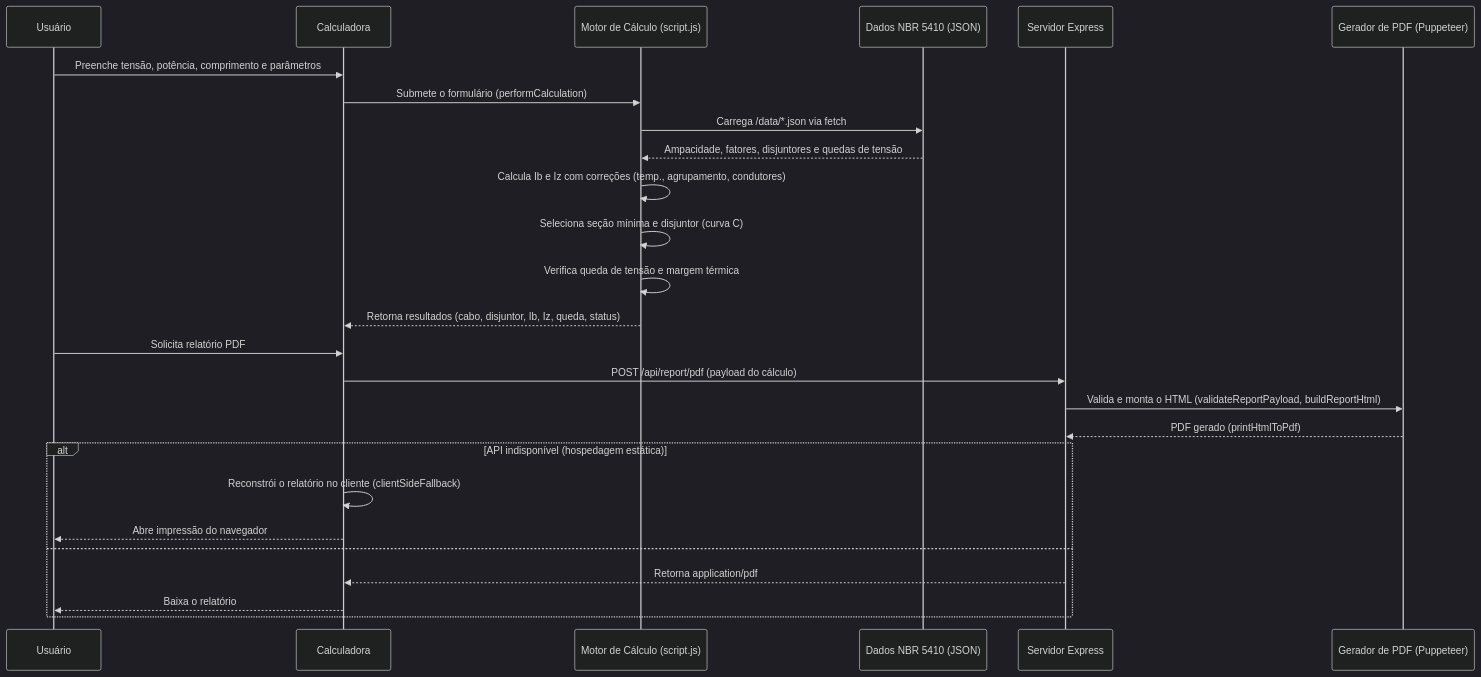
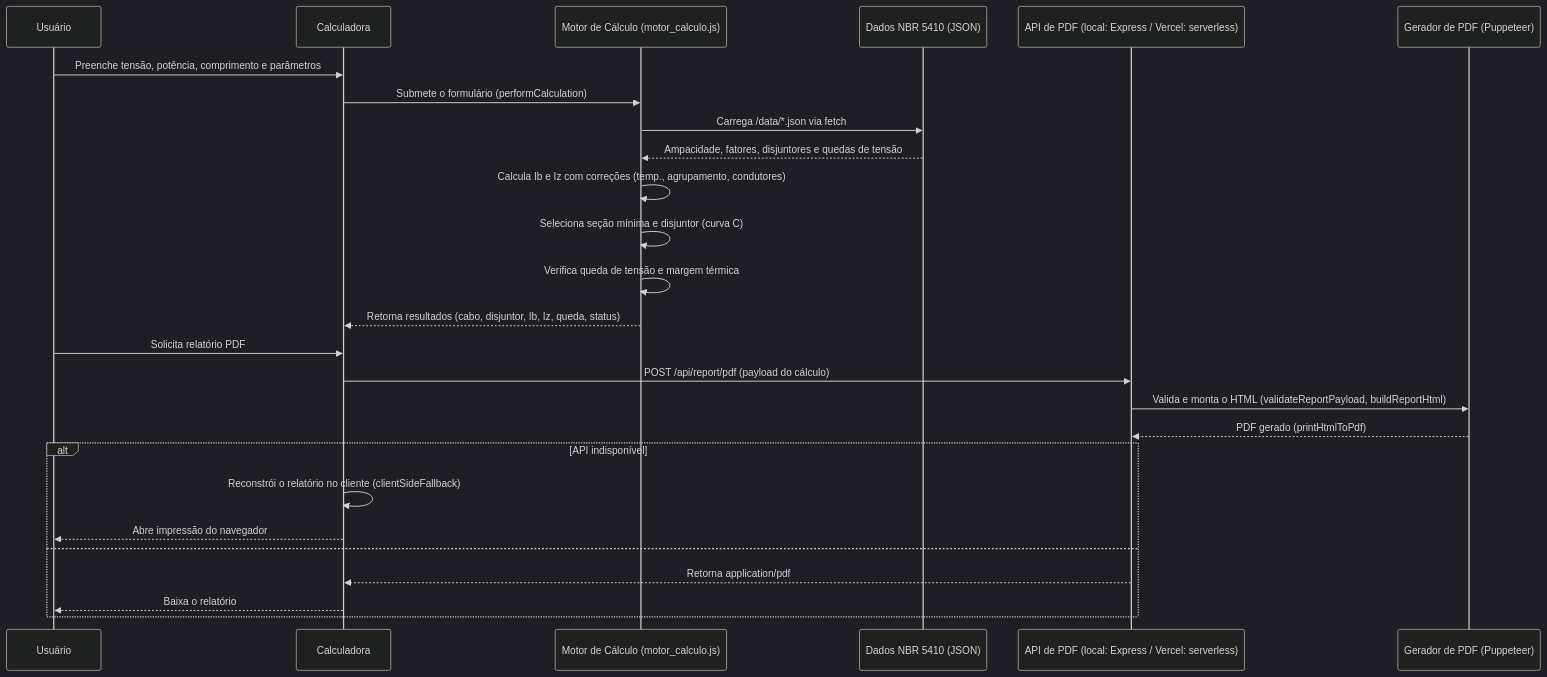
One commit to Y2kNat/DimenVolt-Studio changed the first of 3 diagrams in README.md. Above: the diagram before and after it, drawn with Mermaid (dark theme). The commit also changed other lines of this file, not shown here.

First line of the commit message:
Revise README for production and local development clarity

````diff
--- a/README.md
+++ b/README.md
@@ -39,29 +85,29 @@
 ```mermaid
 sequenceDiagram
     participant U as Usuário
     participant UI as Calculadora
-    participant C as Motor de Cálculo (script.js)
+    participant C as Motor de Cálculo (motor_calculo.js)
     participant D as Dados NBR 5410 (JSON)
-    participant S as Servidor Express
+    participant S as API de PDF (local: Express / Vercel: serverless)
     participant P as Gerador de PDF (Puppeteer)
 
     U->>UI: Preenche tensão, potência, comprimento e parâmetros
     UI->>C: Submete o formulário (performCalculation)
     C->>D: Carrega /data/*.json via fetch
     D-->>C: Ampacidade, fatores, disjuntores e quedas de tensão
     C->>C: Calcula Ib e Iz com correções (temp., agrupamento, condutores)
     C->>C: Seleciona seção mínima e disjuntor (curva C)
     C->>C: Verifica queda de tensão e margem térmica
     C-->>UI: Retorna resultados (cabo, disjuntor, Ib, Iz, queda, status)
     U->>UI: Solicita relatório PDF
     UI->>S: POST /api/report/pdf (payload do cálculo)
     S->>P: Valida e monta o HTML (validateReportPayload, buildReportHtml)
     P-->>S: PDF gerado (printHtmlToPdf)
-    alt API indisponível (hospedagem estática)
+    alt API indisponível
         UI->>UI: Reconstrói o relatório no cliente (clientSideFallback)
         UI-->>U: Abre impressão do navegador
     else
         S-->>UI: Retorna application/pdf
         UI-->>U: Baixa o relatório
     end
 ```
````
